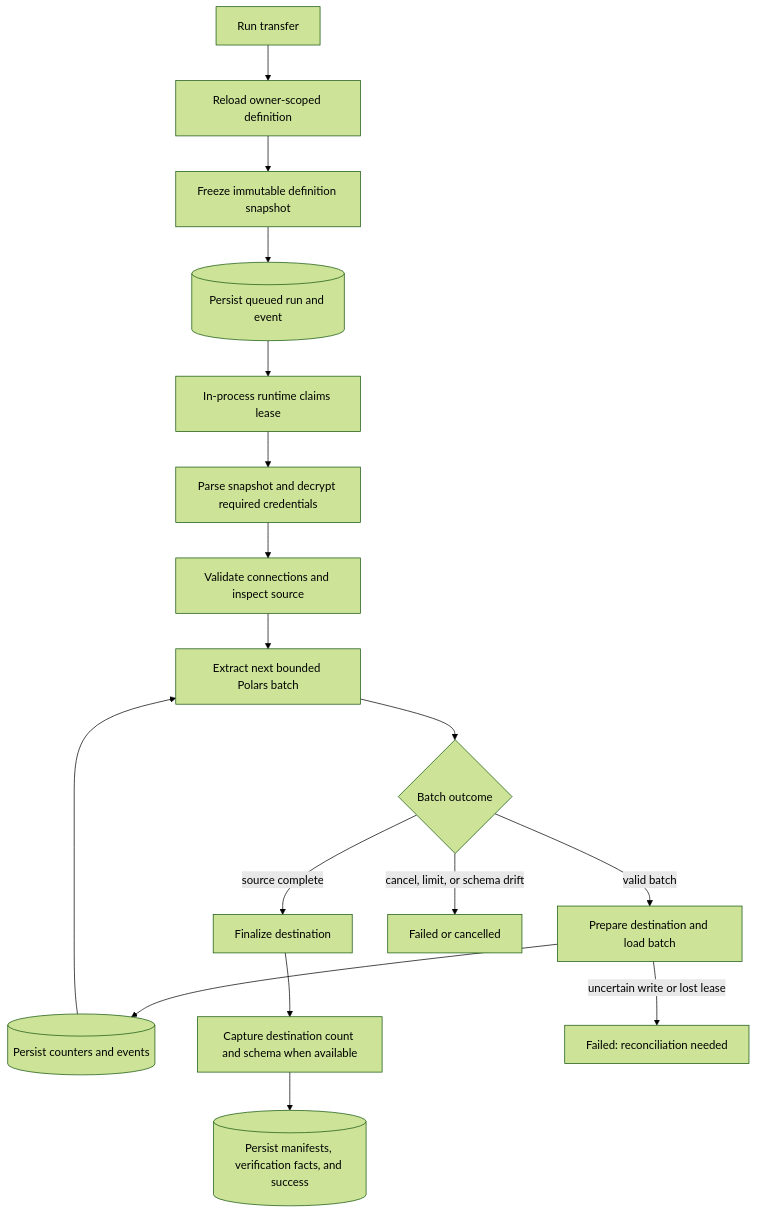
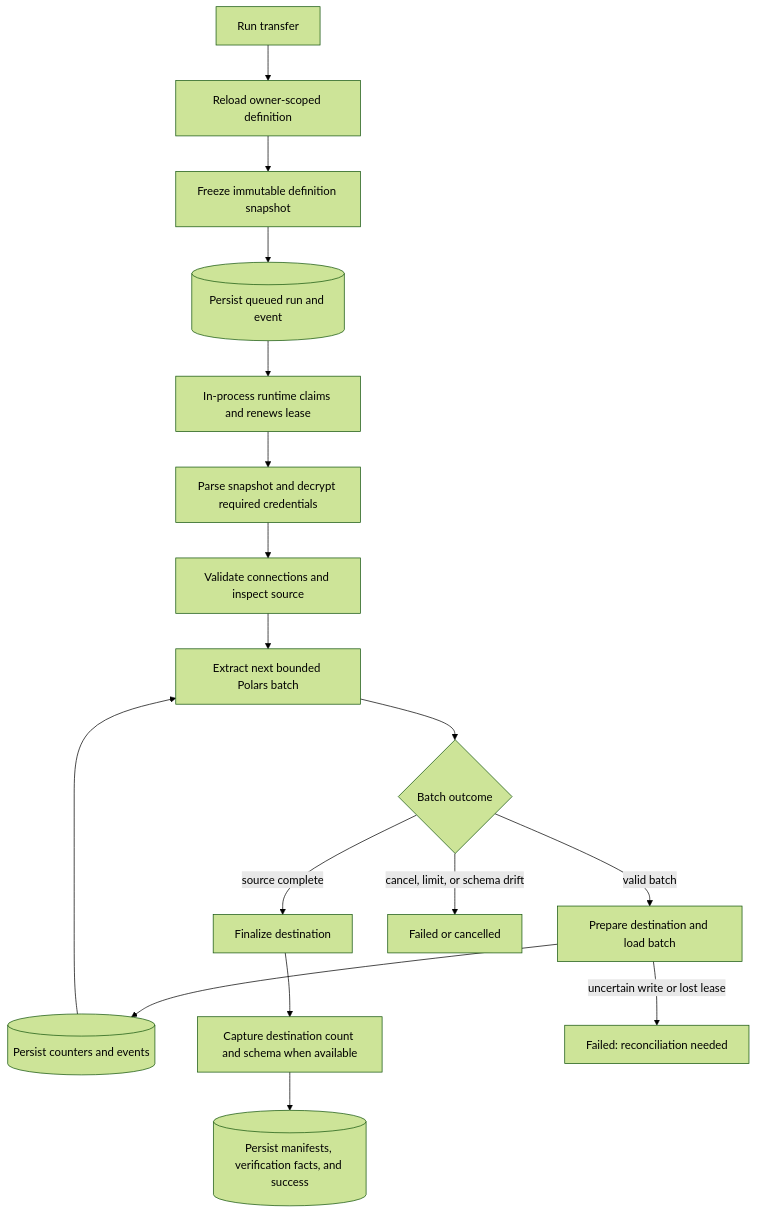
One commit to eddiethedean/user-token-management-app changed the third of 6 diagrams in docs/data-pipelines.md. Above: the diagram before and after it, drawn with Mermaid (forest theme). The commit also changed other lines of this file and 22 other files, not shown here.

````diff
--- a/docs/data-pipelines.md
+++ b/docs/data-pipelines.md
@@ -111,19 +134,19 @@
 ```mermaid
 flowchart TD
     R[Run transfer] --> O[Reload owner-scoped definition]
     O --> S[Freeze immutable definition snapshot]
     S --> Q[(Persist queued run and event)]
-    Q --> L[In-process runtime claims lease]
+    Q --> L[In-process runtime claims and renews lease]
     L --> K[Parse snapshot and decrypt required credentials]
     K --> V[Validate connections and inspect source]
     V --> X[Extract next bounded Polars batch]
     X --> G{Batch outcome}
     G -->|valid batch| D[Prepare destination and load batch]
     D --> M[(Persist counters and events)]
     M --> X
     G -->|source complete| F[Finalize destination]
     F --> C[Capture destination count and schema when available]
     C --> P[(Persist manifests, verification facts, and success)]
     G -->|cancel, limit, or schema drift| E[Failed or cancelled]
     D -->|uncertain write or lost lease| N[Failed: reconciliation needed]
 ```
````
